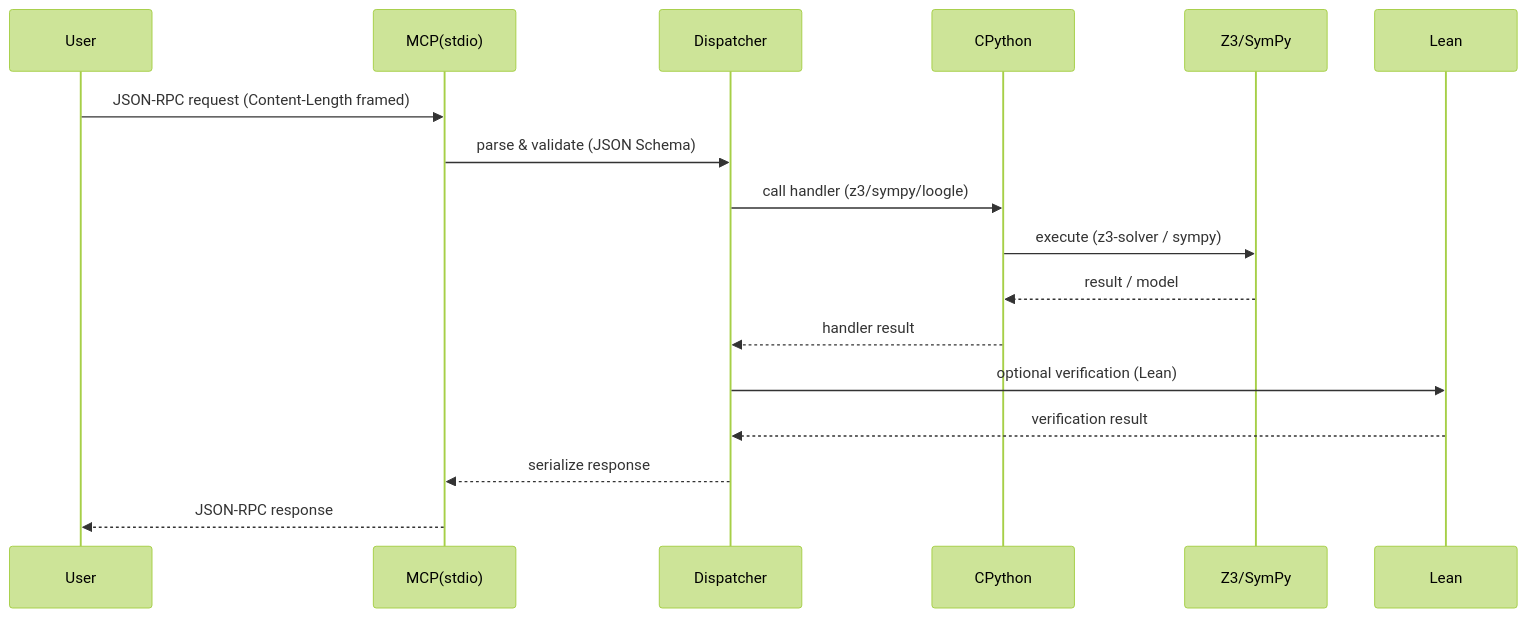
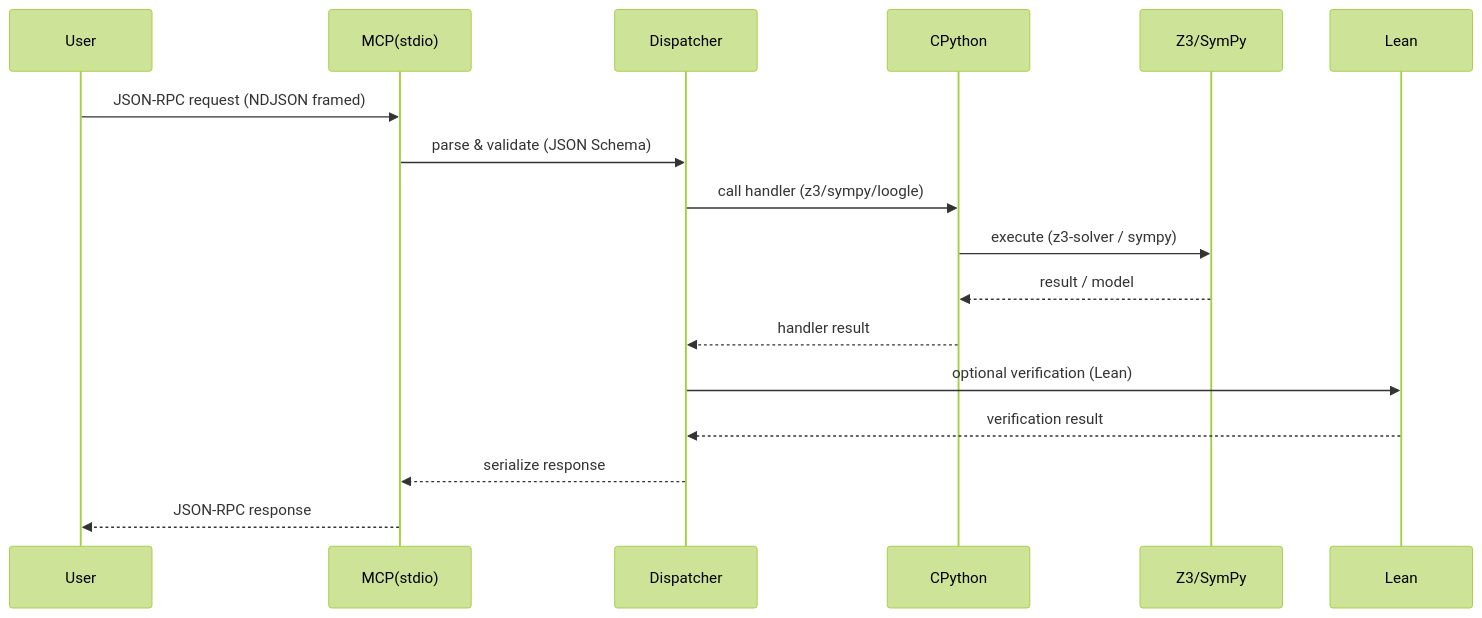
One commit to TheCrystalize/MnL_MCP changed the diagram in docs/ARCHITECTURE.md. Above: the diagram before and after it, drawn with Mermaid (forest theme). The commit also changed other lines of this file and 11 other files, not shown here.

````diff
--- a/docs/ARCHITECTURE.md
+++ b/docs/ARCHITECTURE.md
@@ -13,20 +13,20 @@
 ```mermaid
 sequenceDiagram
     participant U as User
     participant C as MCP(stdio)
     participant D as Dispatcher
     participant P as CPython
     participant Z as Z3/SymPy
     participant L as Lean
 
-    U->>C: JSON-RPC request (Content-Length framed)
+    U->>C: JSON-RPC request (NDJSON framed)
     C->>D: parse & validate (JSON Schema)
     D->>P: call handler (z3/sympy/loogle)
     P->>Z: execute (z3-solver / sympy)
     Z-->>P: result / model
     P-->>D: handler result
     D->>L: optional verification (Lean)
     L-->>D: verification result
     D-->>C: serialize response
     C-->>U: JSON-RPC response
 ```
````
